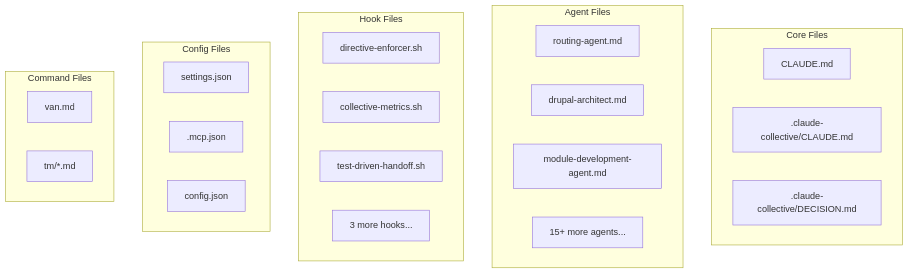
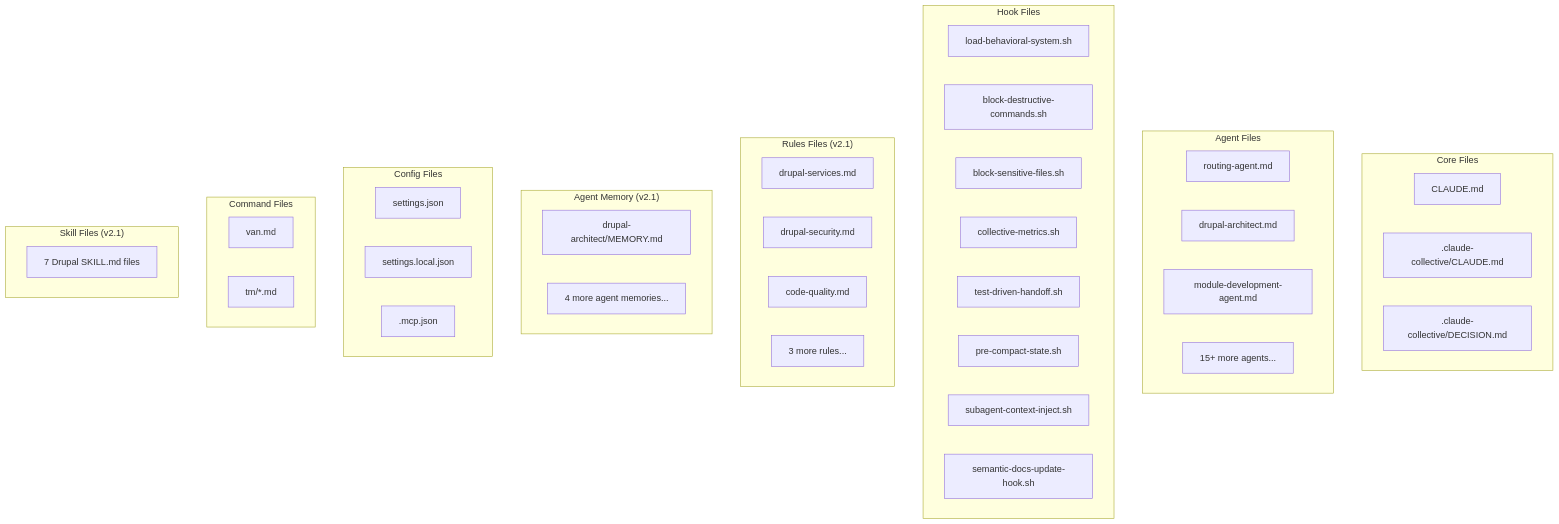
Before and after one commit to gkastanis/drupal-claude-code-sub-agent-collective: the fourth of 16 diagrams in docs/INSTALLATION.md, drawn with Mermaid. The commit also changed other lines of this file and 60 other files, not shown here.

````diff
--- a/docs/INSTALLATION.md
+++ b/docs/INSTALLATION.md
@@ -134,33 +141,53 @@
 ```mermaid
 graph TB
     subgraph "Core Files"
         C1[CLAUDE.md]
         C2[.claude-collective/CLAUDE.md]
         C3[.claude-collective/DECISION.md]
     end
 
     subgraph "Agent Files"
         A1[routing-agent.md]
         A2[drupal-architect.md]
         A3[module-development-agent.md]
         A4[15+ more agents...]
     end
 
     subgraph "Hook Files"
-        H1[directive-enforcer.sh]
-        H2[collective-metrics.sh]
-        H3[test-driven-handoff.sh]
-        H4[3 more hooks...]
+        H1[load-behavioral-system.sh]
+        H2[block-destructive-commands.sh]
+        H3[block-sensitive-files.sh]
+        H4[collective-metrics.sh]
+        H5[test-driven-handoff.sh]
+        H6[pre-compact-state.sh]
+        H7[subagent-context-inject.sh]
+        H8[semantic-docs-update-hook.sh]
+    end
+
+    subgraph "Rules Files (v2.1)"
+        R1[drupal-services.md]
+        R2[drupal-security.md]
+        R3[code-quality.md]
+        R4[3 more rules...]
+    end
+
+    subgraph "Agent Memory (v2.1)"
+        AM1[drupal-architect/MEMORY.md]
+        AM2[4 more agent memories...]
     end
 
     subgraph "Config Files"
         CF1[settings.json]
-        CF2[.mcp.json]
-        CF3[config.json]
+        CF2[settings.local.json]
+        CF3[.mcp.json]
     end
 
     subgraph "Command Files"
         CMD1[van.md]
         CMD2[tm/*.md]
     end
+
+    subgraph "Skill Files (v2.1)"
+        SK1[7 Drupal SKILL.md files]
+    end
 ```
````
